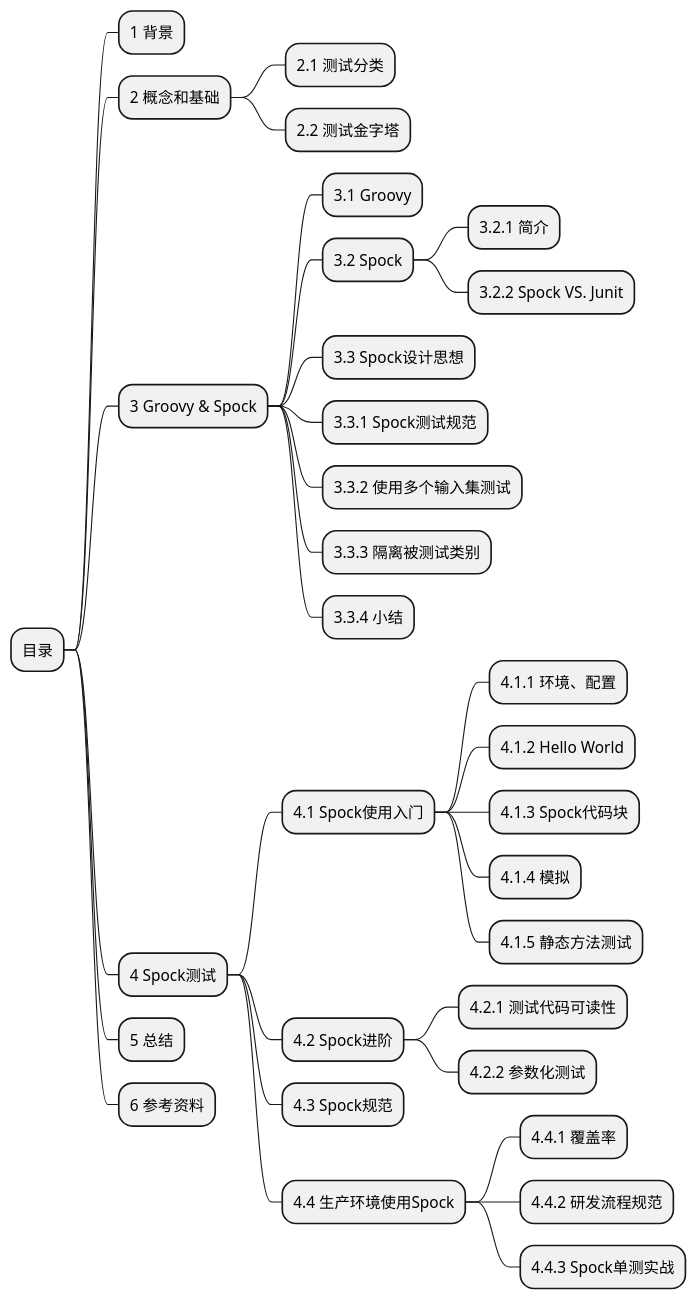
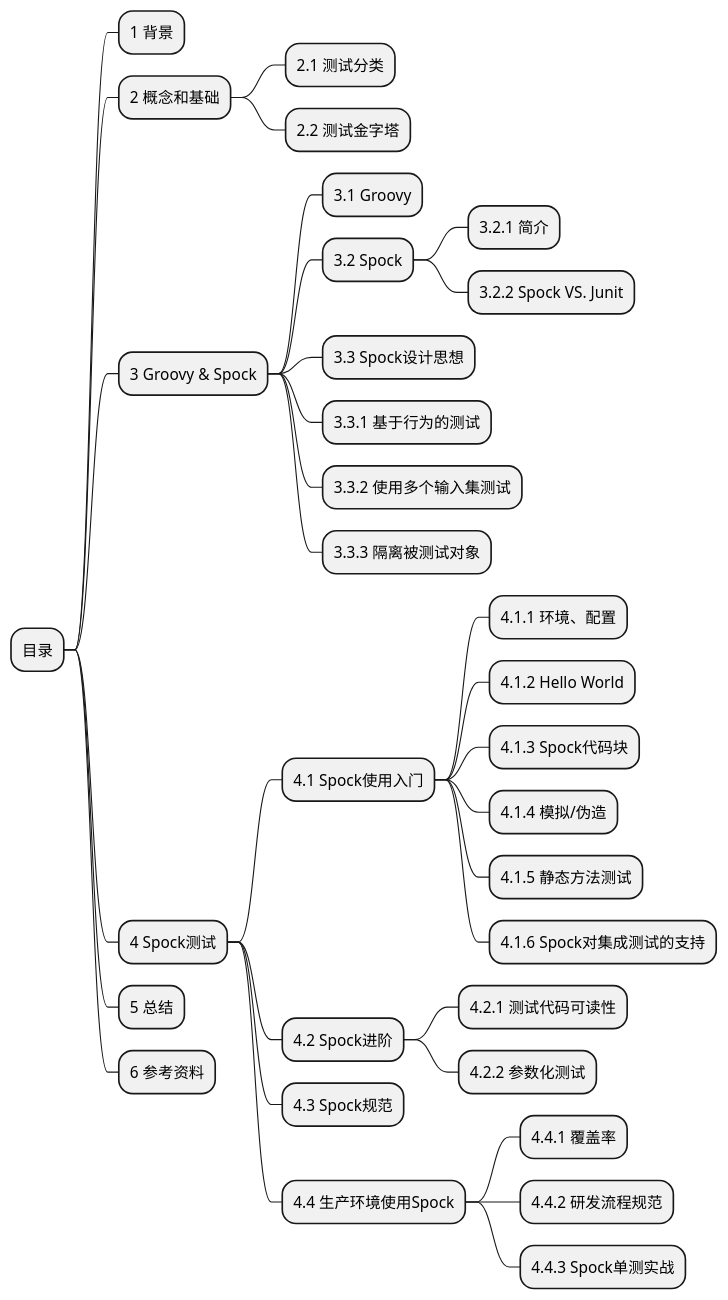
One commit to damaohongtu/dag-demo changed the diagram in dag-backend/picture/Spock公众号.puml. Above: the diagram before and after it, drawn with PlantUML. The commit also changed 27 other files, not shown here.

Commit message:
feat: 添加图查询前端代码

```diff
--- a/dag-backend/picture/Spock公众号.puml
+++ b/dag-backend/picture/Spock公众号.puml
@@ -1,35 +1,35 @@
 @startmindmap
 * 目录
 ** 1 背景
 ** 2 概念和基础
 *** 2.1 测试分类
 *** 2.2 测试金字塔
 ** 3 Groovy & Spock
 *** 3.1 Groovy
 *** 3.2 Spock
 **** 3.2.1 简介
 **** 3.2.2 Spock VS. Junit
 *** 3.3 Spock设计思想
-*** 3.3.1 Spock测试规范
+*** 3.3.1 基于行为的测试
 *** 3.3.2 使用多个输入集测试
-*** 3.3.3 隔离被测试类别
-*** 3.3.4 小结
+*** 3.3.3 隔离被测试对象
 ** 4 Spock测试
 *** 4.1 Spock使用入门
 **** 4.1.1 环境、配置
 **** 4.1.2 Hello World
 **** 4.1.3 Spock代码块
-**** 4.1.4 模拟
+**** 4.1.4 模拟/伪造
 **** 4.1.5 静态方法测试
+**** 4.1.6 Spock对集成测试的支持
 *** 4.2 Spock进阶
 **** 4.2.1 测试代码可读性
 **** 4.2.2 参数化测试
 *** 4.3 Spock规范
 *** 4.4 生产环境使用Spock
 **** 4.4.1 覆盖率
 **** 4.4.2 研发流程规范
 **** 4.4.3 Spock单测实战
 ** 5 总结
 ** 6 参考资料
 
 @endmindmap
```
